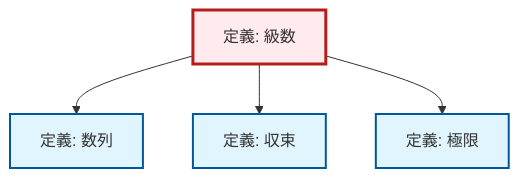
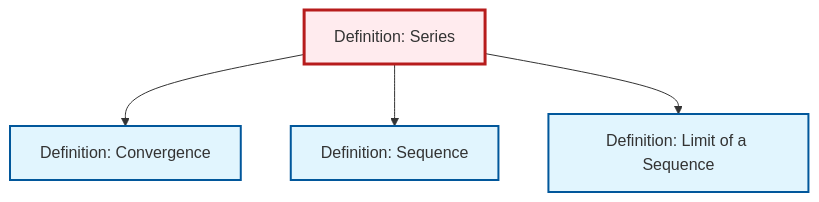
The diagram in content/ja/analysis/def-series.qmd (RK0429/ModernMath), drawn with Mermaid before and after one commit. The commit also changed other lines of this file and 474 other files, not shown here.

````diff
--- a/content/ja/analysis/def-series.qmd
+++ b/content/ja/analysis/def-series.qmd
@@ -90,20 +90,20 @@
 ```{mermaid}
-%%| fig-cap: "局所依存関係グラフ"
+%%| fig-cap: "Local dependency graph"
 graph TD
     classDef definition fill:#e1f5fe,stroke:#01579b,stroke-width:2px
     classDef theorem fill:#f3e5f5,stroke:#4a148c,stroke-width:2px
     classDef axiom fill:#fff3e0,stroke:#e65100,stroke-width:2px
     classDef example fill:#e8f5e9,stroke:#1b5e20,stroke-width:2px
     classDef current fill:#ffebee,stroke:#b71c1c,stroke-width:3px
-    def-sequence["定義: 数列"]:::definition
-    def-convergence["定義: 収束"]:::definition
-    def-limit["定義: 極限"]:::definition
-    def-series["定義: 級数"]:::definition
+    def-limit["Definition: Limit of a Sequence"]:::definition
+    def-sequence["Definition: Sequence"]:::definition
+    def-convergence["Definition: Convergence"]:::definition
+    def-series["Definition: Series"]:::definition
+    def-series --> def-convergence
     def-series --> def-sequence
-    def-series --> def-convergence
     def-series --> def-limit
     class def-series current
-    click def-sequence "def-sequence.html" "数列の定義へ"
-    click def-convergence "def-convergence.html" "収束の定義へ"
-    click def-limit "def-limit.html" "極限の定義へ"
+    click def-limit "def-limit.html" "Definition: Limit of a Sequenceへ"
+    click def-sequence "def-sequence.html" "Definition: Sequenceへ"
+    click def-convergence "def-convergence.html" "Definition: Convergenceへ"
 ```
````
